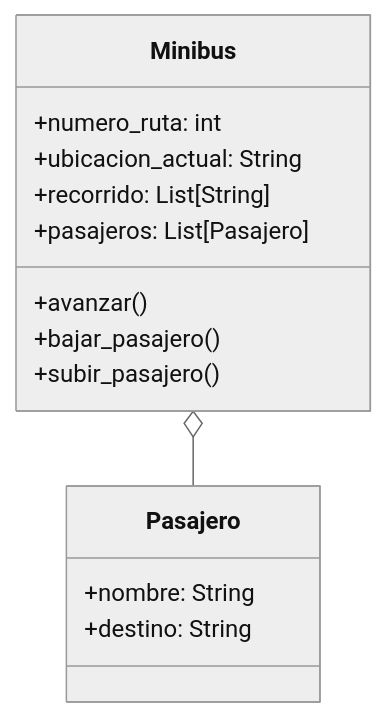
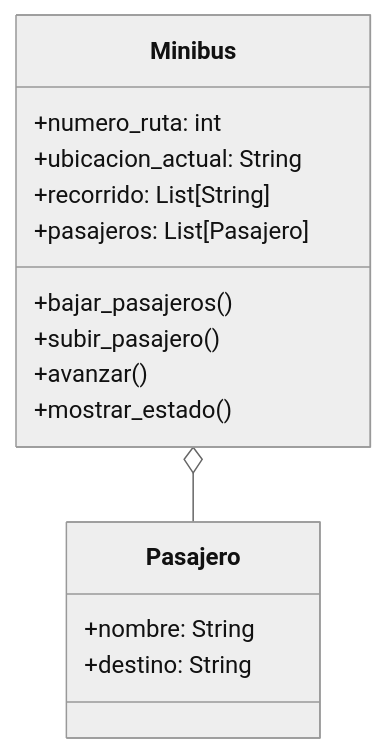
Before and after one commit to bk320/psg-oop-2025: the diagram in retos_sesion_06/ejercicio_01.md, drawn with Mermaid (neutral theme). The commit also changed other lines of this file and 3 other files, not shown here.

````diff
--- a/retos_sesion_06/ejercicio_01.md
+++ b/retos_sesion_06/ejercicio_01.md
@@ -58,17 +82,18 @@
 ```mermaid
 classDiagram
     class Minibus{
         +numero_ruta: int
         +ubicacion_actual: String
         +recorrido: List[String]
         +pasajeros: List[Pasajero]
+        +bajar_pasajeros()
+        +subir_pasajero()
         +avanzar()
-        +bajar_pasajero()
-        +subir_pasajero()
+        +mostrar_estado()
     }
     class Pasajero{
         +nombre: String
         +destino: String
     }
     Minibus o-- Pasajero
 ```
````
